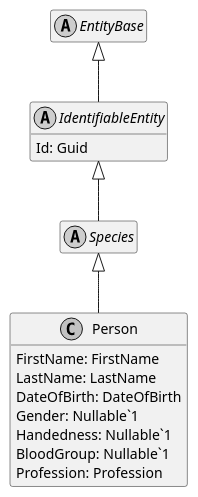
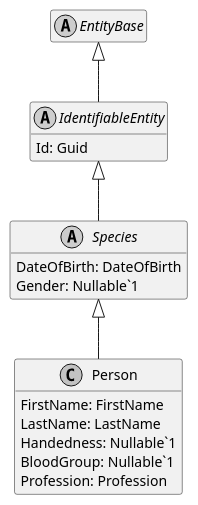
Before and after one commit to ObiWanLansi/DoofesZeug: the diagram in Documentation/Generated/Models/DoofesZeug.Models.Specieses.Human/Person.puml, drawn with PlantUML. The commit also changed other lines of this file and 70 other files, not shown here.

```diff
--- a/Documentation/Generated/Models/DoofesZeug.Models.Specieses.Human/Person.puml
+++ b/Documentation/Generated/Models/DoofesZeug.Models.Specieses.Human/Person.puml
@@ -1,31 +1,31 @@
 @startuml
 skinparam monochrome true
 hide empty members
 
 abstract class EntityBase {
 }
 
 EntityBase <|-- IdentifiableEntity
 
 abstract class IdentifiableEntity {
     Id: Guid
 }
 
 IdentifiableEntity <|-- Species
 
 abstract class Species {
+    DateOfBirth: DateOfBirth
+    Gender: Nullable`1
 }
 
 Species <|-- Person
 
 class Person {
     FirstName: FirstName
     LastName: LastName
-    DateOfBirth: DateOfBirth
-    Gender: Nullable`1
     Handedness: Nullable`1
     BloodGroup: Nullable`1
     Profession: Profession
 }
 
 @enduml
```
